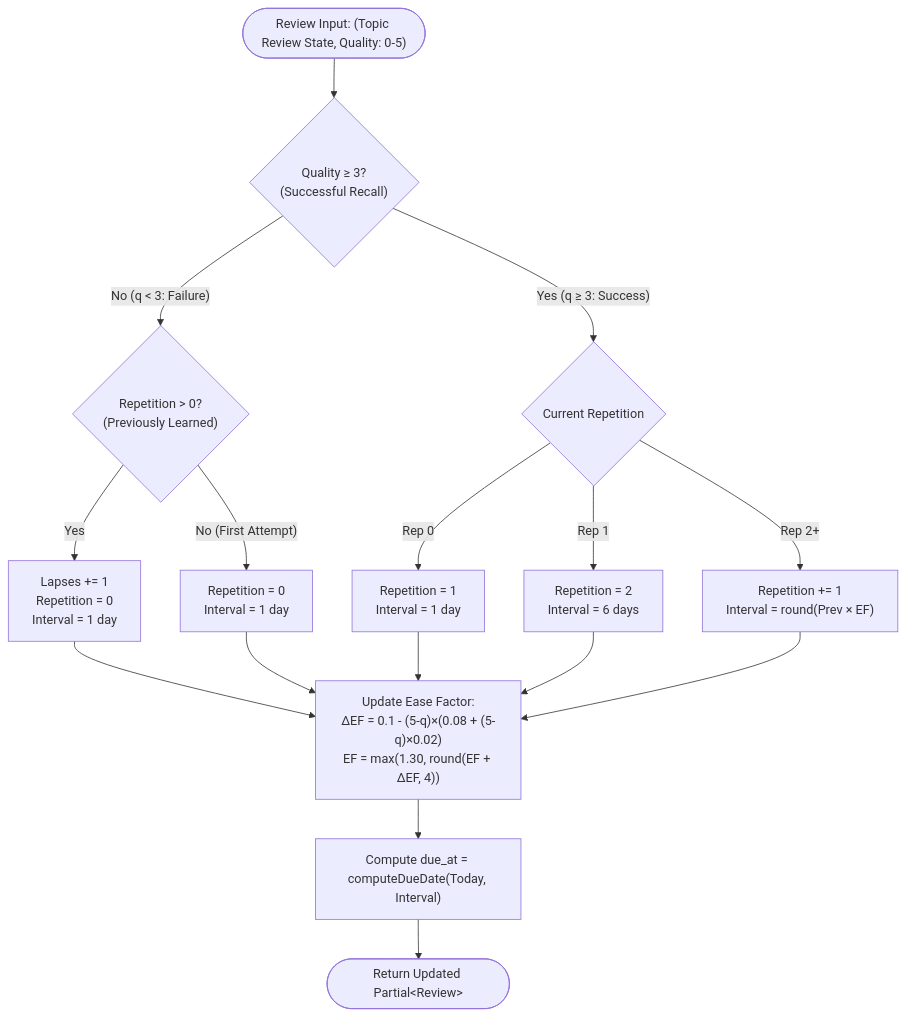
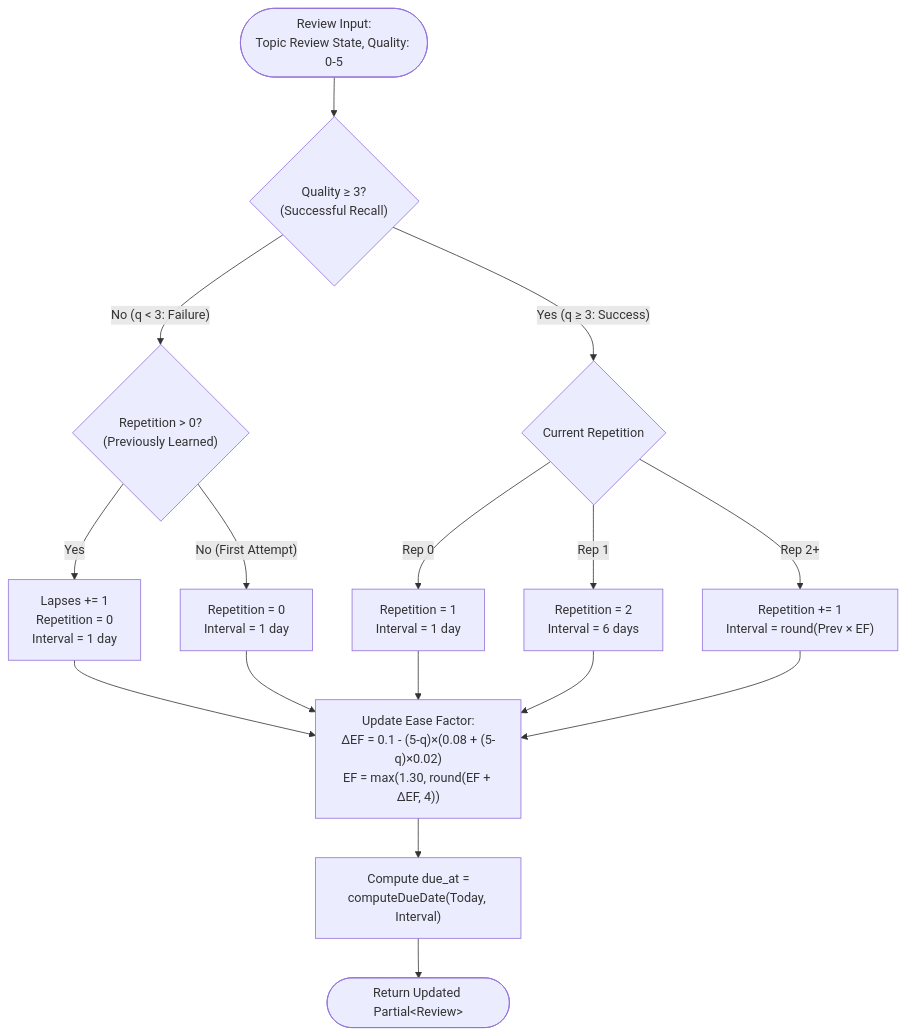
The first of 2 diagrams in docs/03-1-sm2-spaced-repetition-algorithm.md (Kuldeep2822k/cli), drawn with Mermaid before and after one commit. The commit also changed 22 other files, not shown here.

First line of the commit message:
docs: resolve documentation audit drift, navigation gaps, and diagram layouts (#189)

````diff
--- a/docs/03-1-sm2-spaced-repetition-algorithm.md
+++ b/docs/03-1-sm2-spaced-repetition-algorithm.md
@@ -92,25 +92,25 @@
 ```mermaid
 flowchart TD
-    Start(["Review Input: (Topic Review State, Quality: 0-5)"]) --> CheckQ{"Quality &ge; 3?<br/>(Successful Recall)"}
+    Start(["Review Input:<br/>Topic Review State, Quality: 0-5"]) --> CheckQ{"Quality &ge; 3?<br/>(Successful Recall)"}
     
     %% Failure Branch
     CheckQ -- "No (q &lt; 3: Failure)" --> CheckLapse{"Repetition &gt; 0?<br/>(Previously Learned)"}
     CheckLapse -- "Yes" --> LapseInc["Lapses += 1<br/>Repetition = 0<br/>Interval = 1 day"]
     CheckLapse -- "No (First Attempt)" --> LapseNoInc["Repetition = 0<br/>Interval = 1 day"]
     
     %% Success Branch
     CheckQ -- "Yes (q &ge; 3: Success)" --> CheckRep{"Current Repetition"}
     CheckRep -- "Rep 0" --> Rep1["Repetition = 1<br/>Interval = 1 day"]
     CheckRep -- "Rep 1" --> Rep2["Repetition = 2<br/>Interval = 6 days"]
     CheckRep -- "Rep 2+" --> RepN["Repetition += 1<br/>Interval = round(Prev &times; EF)"]
     
     %% Convergence & EF Update
     LapseInc --> UpdateEF["Update Ease Factor:<br/>&Delta;EF = 0.1 - (5-q)&times;(0.08 + (5-q)&times;0.02)<br/>EF = max(1.30, round(EF + &Delta;EF, 4))"]
     LapseNoInc --> UpdateEF
     Rep1 --> UpdateEF
     Rep2 --> UpdateEF
     RepN --> UpdateEF
     
-    UpdateEF --> Schedule["Compute due_at = computeDueDate(Today, Interval)"]
+    UpdateEF --> Schedule["Compute due_at =<br/>computeDueDate(Today, Interval)"]
     Schedule --> Done(["Return Updated Partial&lt;Review&gt;"])
 ```
````
